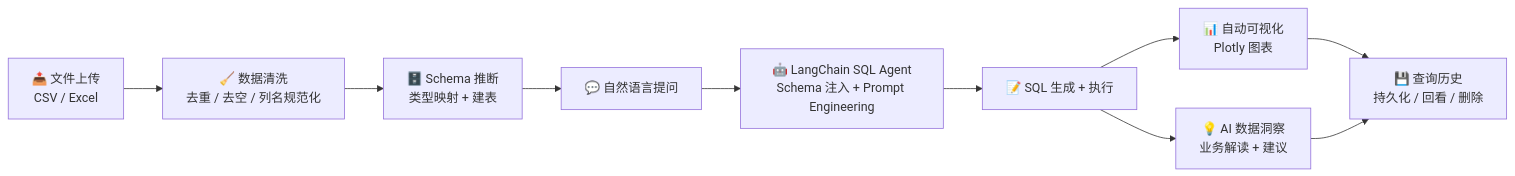
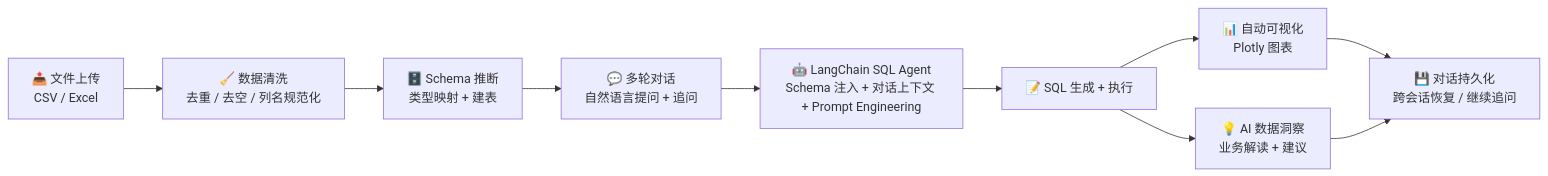
The diagram in README.md (rzbbbbbbbb/ai-data-analyst), drawn with Mermaid before and after one commit. The commit also changed other lines of this file and 4 other files, not shown here.

````diff
--- a/README.md
+++ b/README.md
@@ -36,11 +36,11 @@
 ```mermaid
 flowchart LR
     A[📤 文件上传<br/>CSV / Excel] --> B[🧹 数据清洗<br/>去重 / 去空 / 列名规范化]
     B --> C[🗄️ Schema 推断<br/>类型映射 + 建表]
-    C --> D[💬 自然语言提问]
-    D --> E[🤖 LangChain SQL Agent<br/>Schema 注入 + Prompt Engineering]
+    C --> D[💬 多轮对话<br/>自然语言提问 + 追问]
+    D --> E[🤖 LangChain SQL Agent<br/>Schema 注入 + 对话上下文 + Prompt Engineering]
     E --> F[📝 SQL 生成 + 执行]
     F --> G[📊 自动可视化<br/>Plotly 图表]
     F --> H[💡 AI 数据洞察<br/>业务解读 + 建议]
-    G & H --> I[💾 查询历史<br/>持久化 / 回看 / 删除]
+    G & H --> I[💾 对话持久化<br/>跨会话恢复 / 继续追问]
 ```
````
